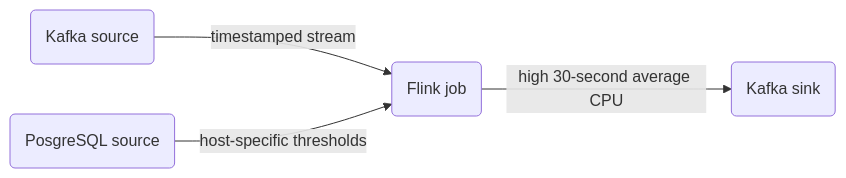
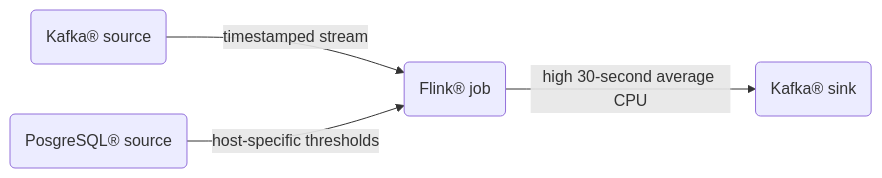
One commit to aiven/devportal changed the fifth of 5 diagrams in docs/products/flink/howto/real-time-alerting-solution-cli.rst. Above: the diagram before and after it, drawn with Mermaid. The commit also changed other lines of this file and 1 other file, not shown here.

Commit message:
re-add trademark symbols in mermaid graphs

```diff
--- a/docs/products/flink/howto/real-time-alerting-solution-cli.rst
+++ b/docs/products/flink/howto/real-time-alerting-solution-cli.rst
@@ -456,7 +456,7 @@
 .. mermaid::
 
     graph LR;
 
-        id1(Kafka source)-- timestamped stream -->id3(Flink job);
-		id2(PosgreSQL source)-- host-specific thresholds -->id3;
-        id3-- high 30-second average CPU -->id4(Kafka sink);
+        id1("Kafka® source")-- timestamped stream -->id3("Flink® job");
+		id2("PosgreSQL® source")-- host-specific thresholds -->id3;
+        id3-- high 30-second average CPU -->id4("Kafka® sink");
```
